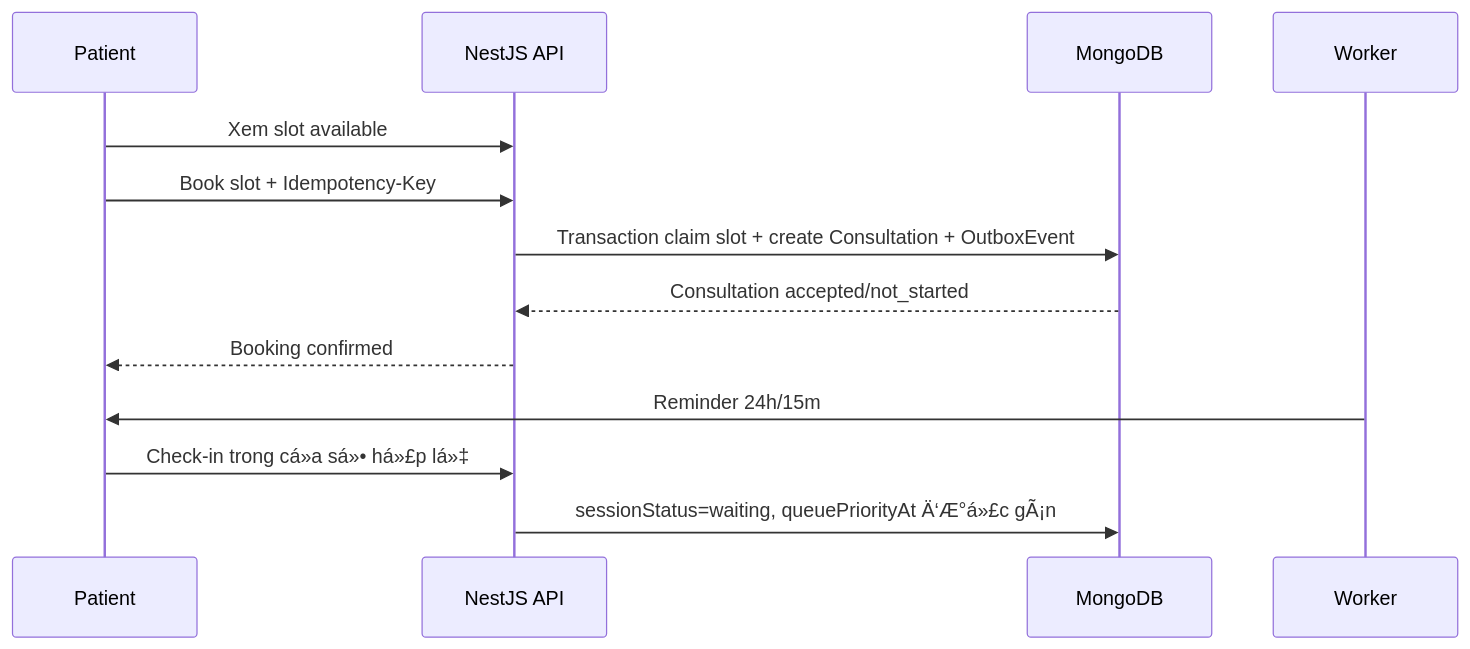
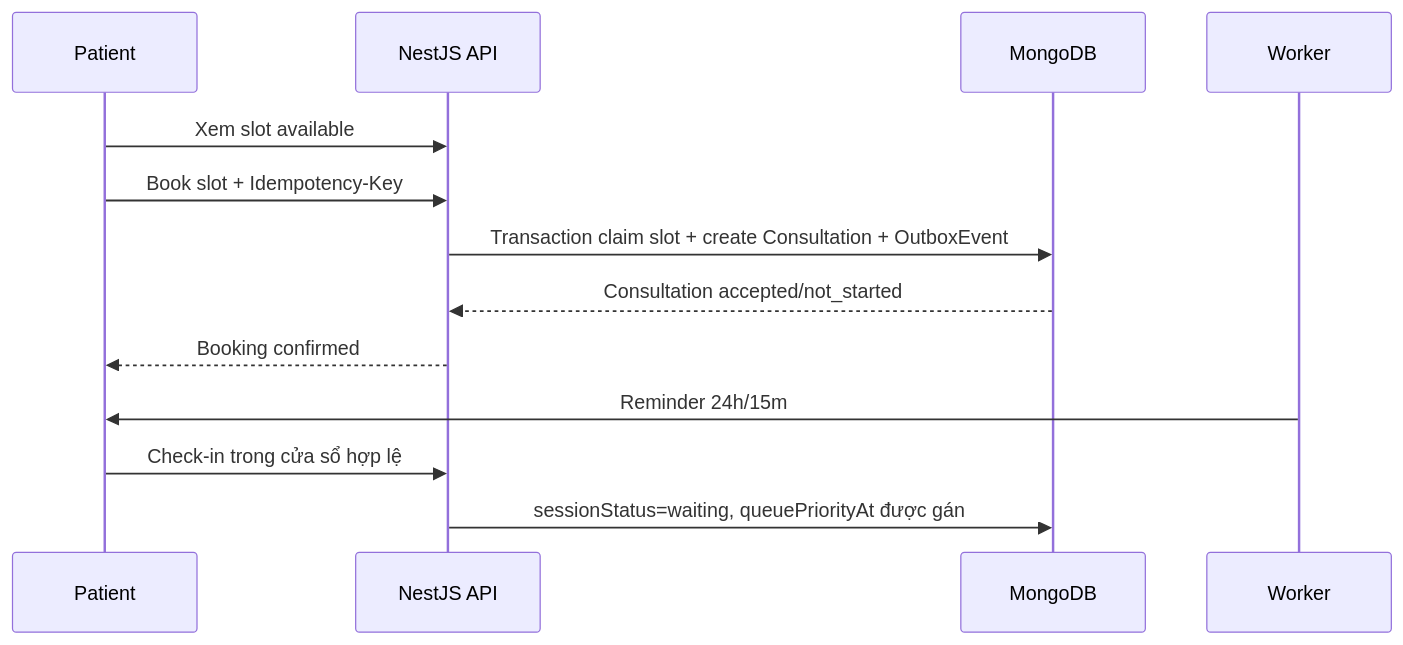
One commit to Bakaguya-sama/Healthcare-System changed the first of 4 diagrams in docs/product-spec.md. Above: the diagram before and after it, drawn with Mermaid. The commit also changed other lines of this file, not shown here.

````diff
--- a/docs/product-spec.md
+++ b/docs/product-spec.md
@@ -462,15 +461,15 @@
 ```mermaid
 sequenceDiagram
     participant P as Patient
     participant API as NestJS API
     participant DB as MongoDB
     participant W as Worker
     P->>API: Xem slot available
     P->>API: Book slot + Idempotency-Key
     API->>DB: Transaction claim slot + create Consultation + OutboxEvent
     DB-->>API: Consultation accepted/not_started
     API-->>P: Booking confirmed
     W->>P: Reminder 24h/15m
-    P->>API: Check-in trong cá»­a sá»• há»£p lá»‡
-    API->>DB: sessionStatus=waiting, queuePriorityAt Ä‘Æ°á»£c gÃ¡n
+    P->>API: Check-in trong cửa sổ hợp lệ
+    API->>DB: sessionStatus=waiting, queuePriorityAt được gán
 ```
````
